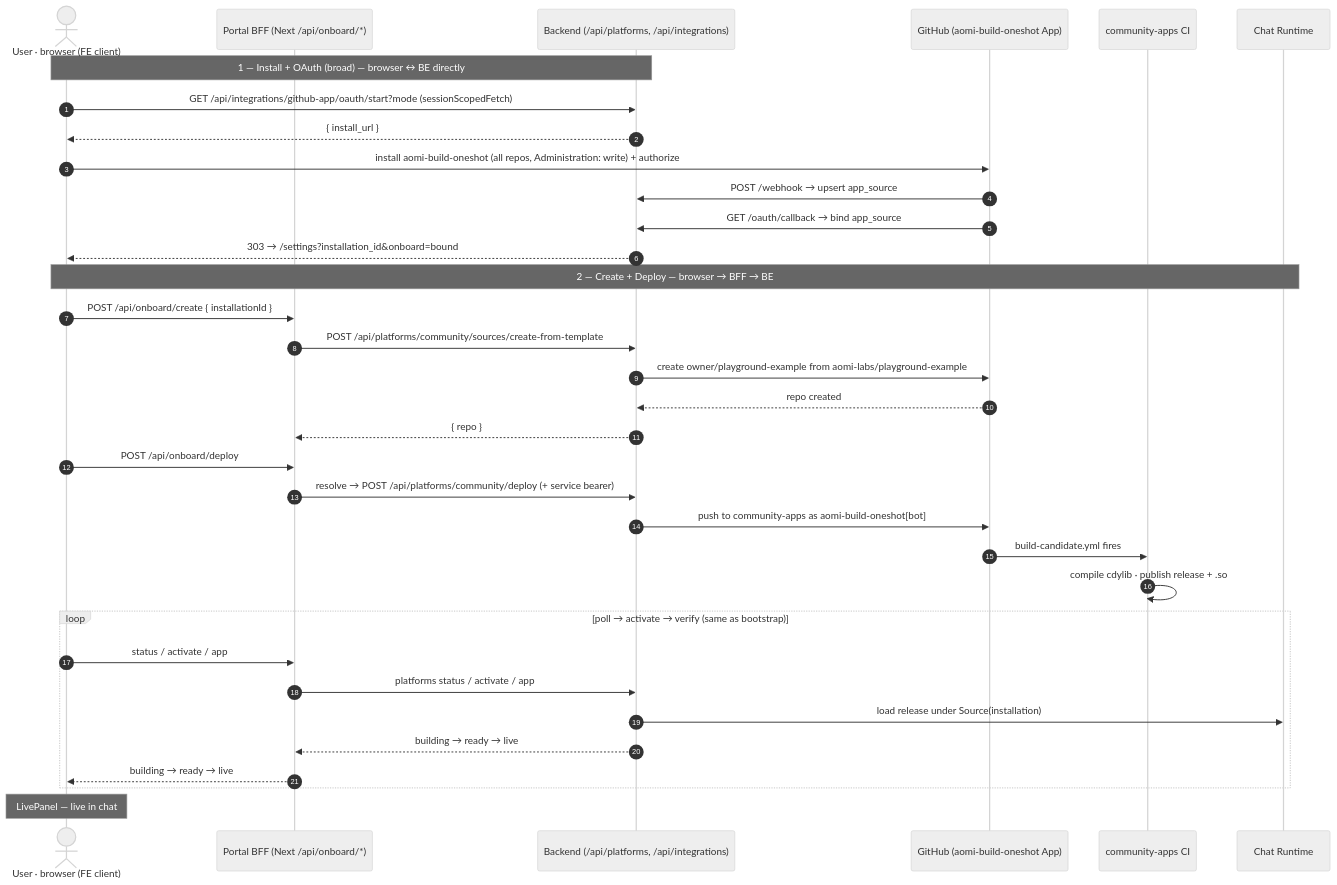
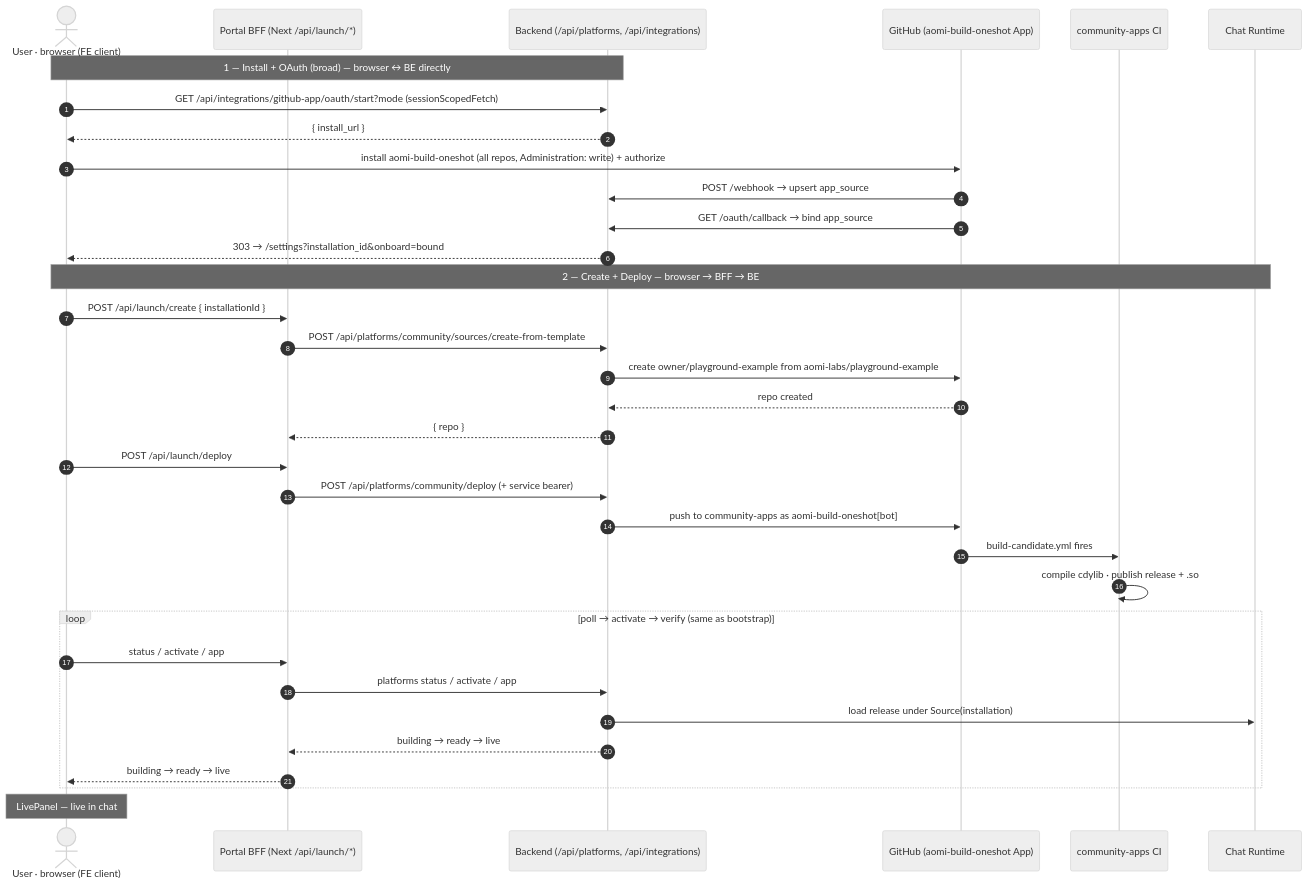
Before and after one commit to aomi-labs/aomi-widget: the third of 3 diagrams in docs/fe-deploy.md, drawn with Mermaid (neutral theme). The commit also changed other lines of this file and 10 other files, not shown here.

Commit message:
feat(portal): tighten launch deploy workflow

````diff
--- a/docs/fe-deploy.md
+++ b/docs/fe-deploy.md
@@ -154,38 +162,38 @@
 ```mermaid
 sequenceDiagram
     autonumber
     actor U as User · browser (FE client)
-    participant BFF as Portal BFF (Next /api/onboard/*)
+    participant BFF as Portal BFF (Next /api/launch/*)
     participant BE as Backend (/api/platforms, /api/integrations)
     participant GH as GitHub (aomi-build-oneshot App)
     participant CA as community-apps CI
     participant RT as Chat Runtime
 
     Note over U,BE: 1 — Install + OAuth (broad) — browser ↔ BE directly
     U->>BE: GET /api/integrations/github-app/oauth/start?mode (sessionScopedFetch)
     BE-->>U: { install_url }
     U->>GH: install aomi-build-oneshot (all repos, Administration: write) + authorize
     GH->>BE: POST /webhook → upsert app_source
     GH->>BE: GET /oauth/callback → bind app_source
     BE-->>U: 303 → /settings?installation_id&onboard=bound
 
     Note over U,RT: 2 — Create + Deploy — browser → BFF → BE
-    U->>BFF: POST /api/onboard/create { installationId }
+    U->>BFF: POST /api/launch/create { installationId }
     BFF->>BE: POST /api/platforms/community/sources/create-from-template
     BE->>GH: create owner/playground-example from aomi-labs/playground-example
     GH-->>BE: repo created
     BE-->>BFF: { repo }
-    U->>BFF: POST /api/onboard/deploy
-    BFF->>BE: resolve → POST /api/platforms/community/deploy (+ service bearer)
+    U->>BFF: POST /api/launch/deploy
+    BFF->>BE: POST /api/platforms/community/deploy (+ service bearer)
     BE->>GH: push to community-apps as aomi-build-oneshot[bot]
     GH->>CA: build-candidate.yml fires
     CA->>CA: compile cdylib · publish release + .so
     loop poll → activate → verify (same as bootstrap)
         U->>BFF: status / activate / app
         BFF->>BE: platforms status / activate / app
         BE->>RT: load release under Source(installation)
         BE-->>BFF: building → ready → live
         BFF-->>U: building → ready → live
     end
     Note over U: LivePanel — live in chat
 ```
````
